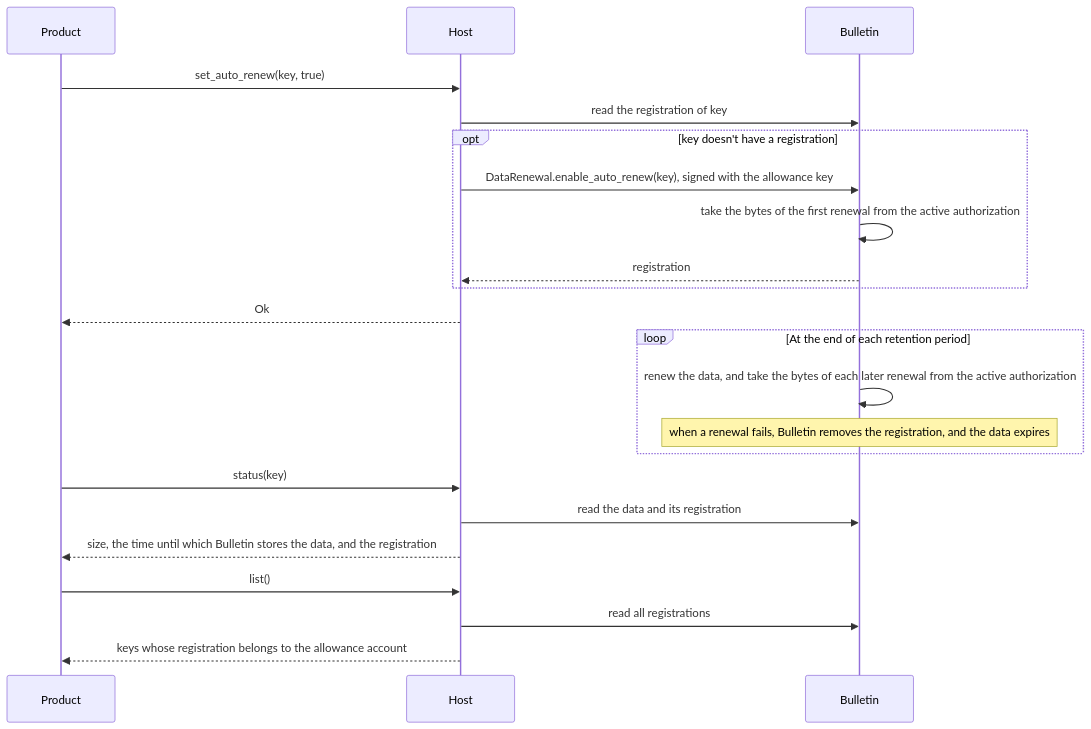
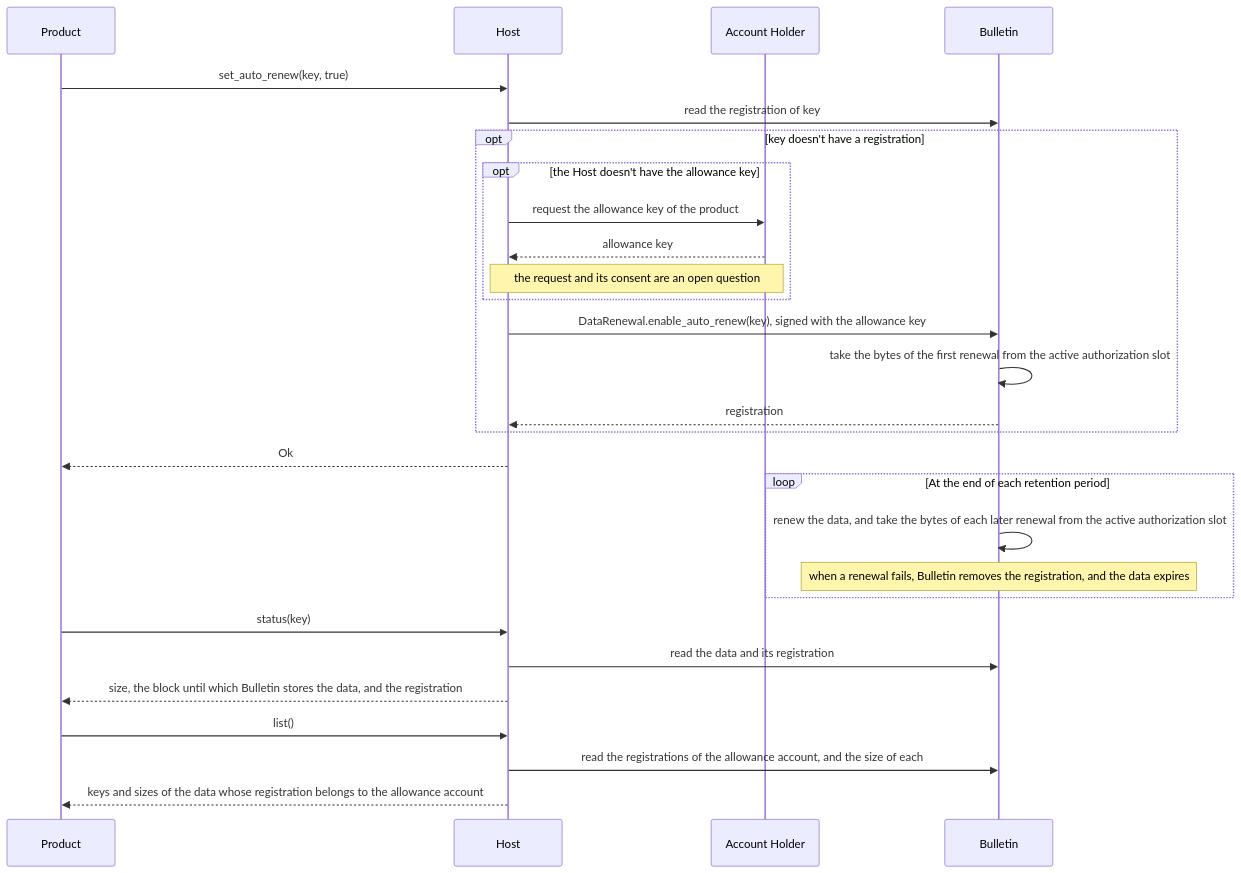
One commit to paritytech/trinity-user-agents changed the second of 2 diagrams in docs/rfcs/bulletin-allowance-target.md. Above: the diagram before and after it, drawn with Mermaid. The commit also changed other lines of this file, not shown here.

````diff
--- a/docs/rfcs/bulletin-allowance-target.md
+++ b/docs/rfcs/bulletin-allowance-target.md
@@ -251,28 +381,34 @@
 ```mermaid
 sequenceDiagram
   participant P as Product
   participant H as Host
+  participant A as Account Holder
   participant B as Bulletin
 
   P->>H: set_auto_renew(key, true)
   H->>B: read the registration of key
   opt key doesn't have a registration
+    opt the Host doesn't have the allowance key
+      H->>A: request the allowance key of the product
+      A-->>H: allowance key
+      Note over H,A: the request and its consent are an open question
+    end
     H->>B: DataRenewal.enable_auto_renew(key), signed with the allowance key
-    B->>B: take the bytes of the first renewal from the active authorization
+    B->>B: take the bytes of the first renewal from the active authorization slot
     B-->>H: registration
   end
   H-->>P: Ok
 
   loop At the end of each retention period
-    B->>B: renew the data, and take the bytes of each later renewal from the active authorization
+    B->>B: renew the data, and take the bytes of each later renewal from the active authorization slot
     Note over B: when a renewal fails, Bulletin removes the registration, and the data expires
   end
 
   P->>H: status(key)
   H->>B: read the data and its registration
-  H-->>P: size, the time until which Bulletin stores the data, and the registration
+  H-->>P: size, the block until which Bulletin stores the data, and the registration
 
   P->>H: list()
-  H->>B: read all registrations
-  H-->>P: keys whose registration belongs to the allowance account
+  H->>B: read the registrations of the allowance account, and the size of each
+  H-->>P: keys and sizes of the data whose registration belongs to the allowance account
 ```
````
